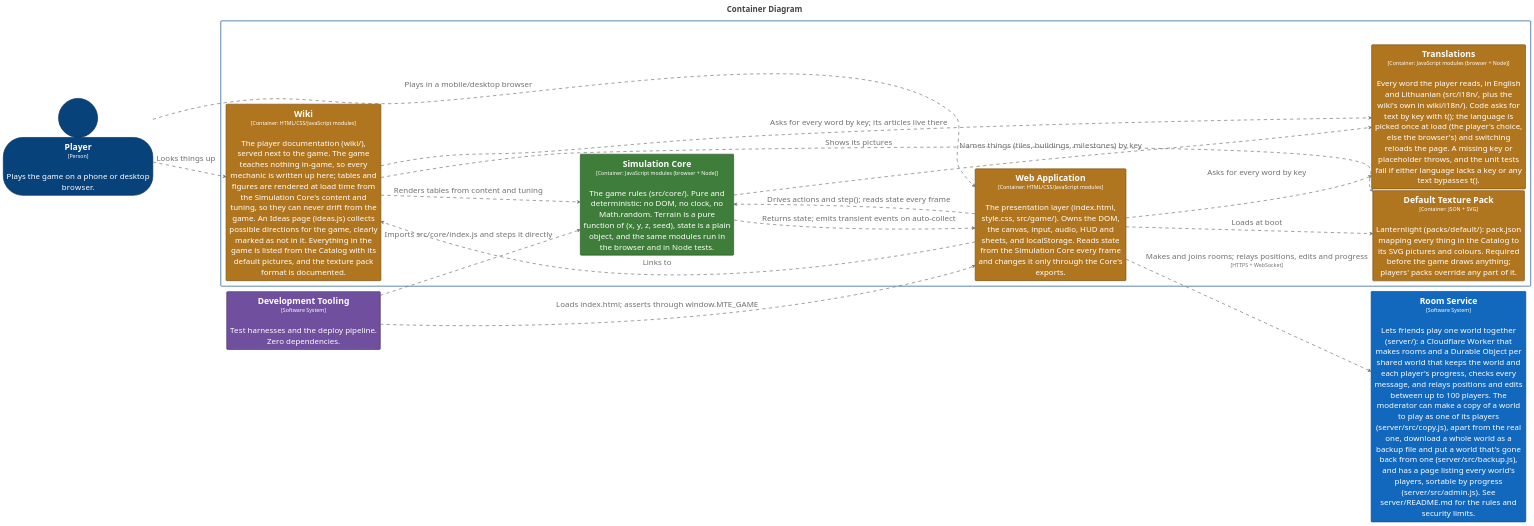
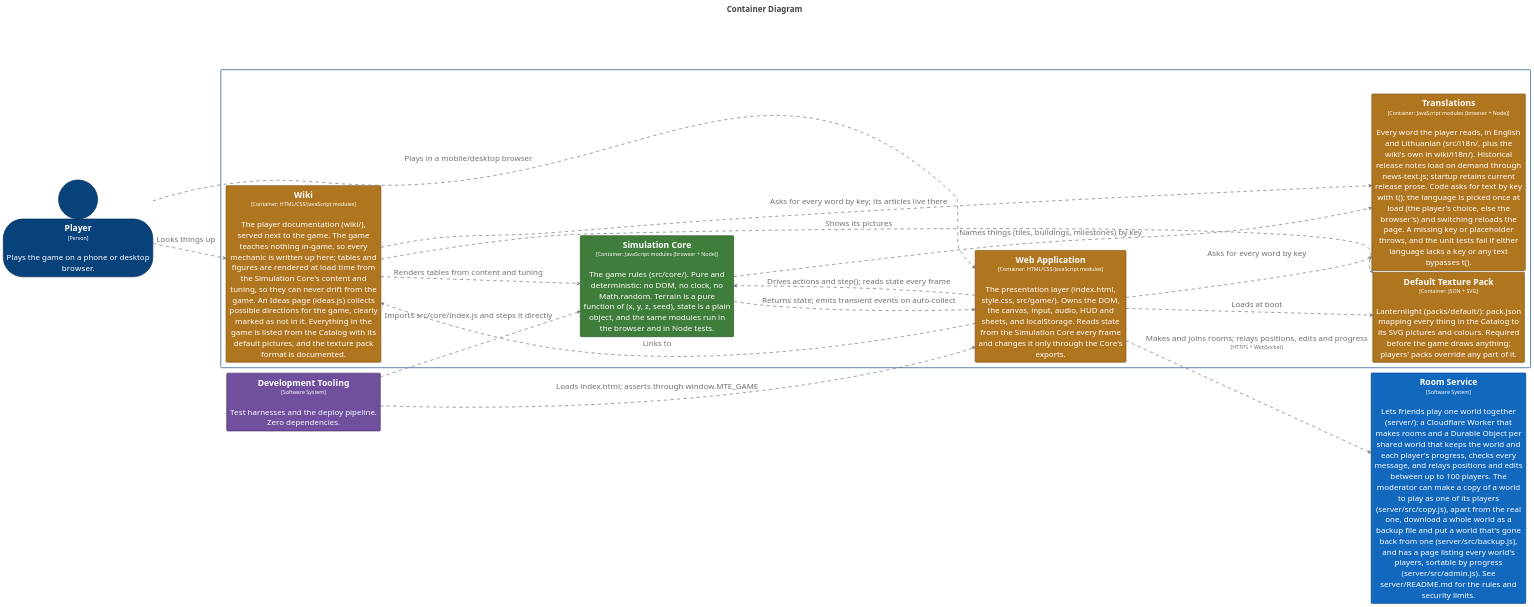
Before and after one commit to bitkojine/more-than-enough: the diagram in structurizr/diagrams/Containers.puml, drawn with PlantUML. The commit also changed 59 other files, not shown here.

```diff
--- a/structurizr/diagrams/Containers.puml
+++ b/structurizr/diagrams/Containers.puml
@@ -2,124 +2,124 @@
 @startuml
 title <size:24>Container Diagram</size>
 
 set separator none
 left to right direction
 skinparam ranksep 20
 skinparam nodesep 5
 hide stereotype
 
 <style>
   root {
     BackgroundColor: #ffffff;
     FontColor: #444444;
   }
   // Element,Container,Core Engine
   .Element-RWxlbWVudCxDb250YWluZXIsQ29yZSBFbmdpbmU= {
     BackgroundColor: #3f7d3a;
     LineColor: #2c5728;
     LineStyle: 0;
     LineThickness: 2;
     FontColor: #ffffff;
     FontSize: 24;
     HorizontalAlignment: center;
     Shadowing: 0;
     MaximumWidth: 450;
   }
   // Element,Container,Presentation
   .Element-RWxlbWVudCxDb250YWluZXIsUHJlc2VudGF0aW9u {
     BackgroundColor: #b0761f;
     LineColor: #7b5215;
     LineStyle: 0;
     LineThickness: 2;
     FontColor: #ffffff;
     FontSize: 24;
     HorizontalAlignment: center;
     Shadowing: 0;
     MaximumWidth: 450;
   }
   // Element,Person
   .Element-RWxlbWVudCxQZXJzb24= {
     BackgroundColor: #08427b;
     LineColor: #052e56;
     LineStyle: 0;
     LineThickness: 2;
     FontColor: #ffffff;
     FontSize: 24;
     HorizontalAlignment: center;
     Shadowing: 0;
     MaximumWidth: 450;
   }
   // Element,Software System
   .Element-RWxlbWVudCxTb2Z0d2FyZSBTeXN0ZW0= {
     BackgroundColor: #1168bd;
     LineColor: #0b4884;
     LineStyle: 0;
     LineThickness: 2;
     FontColor: #ffffff;
     FontSize: 24;
     HorizontalAlignment: center;
     Shadowing: 0;
     MaximumWidth: 450;
   }
   // Element,Software System,Tooling
   .Element-RWxlbWVudCxTb2Z0d2FyZSBTeXN0ZW0sVG9vbGluZw== {
     BackgroundColor: #6f4f9e;
     LineColor: #4d376e;
     LineStyle: 0;
     LineThickness: 2;
     FontColor: #ffffff;
     FontSize: 24;
     HorizontalAlignment: center;
     Shadowing: 0;
     MaximumWidth: 450;
   }
   // Relationship
   .Relationship-UmVsYXRpb25zaGlw {
     LineThickness: 2;
     LineStyle: 10-10;
     LineColor: #707070;
     FontColor: #707070;
     FontSize: 24;
     MaximumWidth: 200;
   }
   // MORE THAN ENOUGH
   .Boundary-TU9SRSBUSEFOIEVOT1VHSA== {
     BackgroundColor: #ffffff;
     LineColor: #0b4884;
     LineStyle: 0;
     LineThickness: 2;
     FontColor: #ffffff;
     FontSize: 24;
     HorizontalAlignment: center;
     Shadowing: 0;
   }
 </style>
 
 person "==Player\n<size:16>[Person]</size>\n\nPlays the game on a phone or desktop browser." <<Element-RWxlbWVudCxQZXJzb24=>> as Player
 rectangle "==Room Service\n<size:16>[Software System]</size>\n\nLets friends play one world together (server/): a Cloudflare Worker that makes rooms and a Durable Object per shared world that keeps the world and each player's progress, checks every message, and relays positions and edits between up to 100 players. The moderator can make a copy of a world to play as one of its players (server/src/copy.js), apart from the real one, download a whole world as a backup file and put a world that's gone back from one (server/src/backup.js), and has a page listing every world's players, sortable by progress (server/src/admin.js). See server/README.md for the rules and security limits." <<Element-RWxlbWVudCxTb2Z0d2FyZSBTeXN0ZW0=>> as RoomService
 rectangle "==Development Tooling\n<size:16>[Software System]</size>\n\nTest harnesses and the deploy pipeline. Zero dependencies." <<Element-RWxlbWVudCxTb2Z0d2FyZSBTeXN0ZW0sVG9vbGluZw==>> as DevelopmentTooling
 
 rectangle "MORE THAN ENOUGH\n<size:16>[Software System]</size>" <<Boundary-TU9SRSBUSEFOIEVOT1VHSA==>> {
   rectangle "==Default Texture Pack\n<size:16>[Container: JSON + SVG]</size>\n\nLanternlight (packs/default/): pack.json mapping every thing in the Catalog to its SVG pictures and colours. Required before the game draws anything; players' packs override any part of it." <<Element-RWxlbWVudCxDb250YWluZXIsUHJlc2VudGF0aW9u>> as MORETHANENOUGH.DefaultTexturePack
   rectangle "==Wiki\n<size:16>[Container: HTML/CSS/JavaScript modules]</size>\n\nThe player documentation (wiki/), served next to the game. The game teaches nothing in-game, so every mechanic is written up here; tables and figures are rendered at load time from the Simulation Core's content and tuning, so they can never drift from the game. An Ideas page (ideas.js) collects possible directions for the game, clearly marked as not in it. Everything in the game is listed from the Catalog with its default pictures, and the texture pack format is documented." <<Element-RWxlbWVudCxDb250YWluZXIsUHJlc2VudGF0aW9u>> as MORETHANENOUGH.Wiki
-  rectangle "==Translations\n<size:16>[Container: JavaScript modules (browser + Node)]</size>\n\nEvery word the player reads, in English and Lithuanian (src/i18n/, plus the wiki's own in wiki/i18n/). Code asks for text by key with t(); the language is picked once at load (the player's choice, else the browser's) and switching reloads the page. A missing key or placeholder throws, and the unit tests fail if either language lacks a key or any text bypasses t()." <<Element-RWxlbWVudCxDb250YWluZXIsUHJlc2VudGF0aW9u>> as MORETHANENOUGH.Translations
+  rectangle "==Translations\n<size:16>[Container: JavaScript modules (browser + Node)]</size>\n\nEvery word the player reads, in English and Lithuanian (src/i18n/, plus the wiki's own in wiki/i18n/). Historical release notes load on demand through news-text.js; startup retains current release prose. Code asks for text by key with t(); the language is picked once at load (the player's choice, else the browser's) and switching reloads the page. A missing key or placeholder throws, and the unit tests fail if either language lacks a key or any text bypasses t()." <<Element-RWxlbWVudCxDb250YWluZXIsUHJlc2VudGF0aW9u>> as MORETHANENOUGH.Translations
   rectangle "==Simulation Core\n<size:16>[Container: JavaScript modules (browser + Node)]</size>\n\nThe game rules (src/core/). Pure and deterministic: no DOM, no clock, no Math.random. Terrain is a pure function of (x, y, z, seed), state is a plain object, and the same modules run in the browser and in Node tests." <<Element-RWxlbWVudCxDb250YWluZXIsQ29yZSBFbmdpbmU=>> as MORETHANENOUGH.SimulationCore
   rectangle "==Web Application\n<size:16>[Container: HTML/CSS/JavaScript modules]</size>\n\nThe presentation layer (index.html, style.css, src/game/). Owns the DOM, the canvas, input, audio, HUD and sheets, and localStorage. Reads state from the Simulation Core every frame and changes it only through the Core's exports." <<Element-RWxlbWVudCxDb250YWluZXIsUHJlc2VudGF0aW9u>> as MORETHANENOUGH.WebApplication
 }
 
 MORETHANENOUGH.WebApplication --> MORETHANENOUGH.DefaultTexturePack <<Relationship-UmVsYXRpb25zaGlw>> : "Loads at boot"
 MORETHANENOUGH.Wiki --> MORETHANENOUGH.DefaultTexturePack <<Relationship-UmVsYXRpb25zaGlw>> : "Shows its pictures"
 Player --> MORETHANENOUGH.WebApplication <<Relationship-UmVsYXRpb25zaGlw>> : "Plays in a mobile/desktop browser"
 Player --> MORETHANENOUGH.Wiki <<Relationship-UmVsYXRpb25zaGlw>> : "Looks things up"
 MORETHANENOUGH.WebApplication --> MORETHANENOUGH.Wiki <<Relationship-UmVsYXRpb25zaGlw>> : "Links to"
 MORETHANENOUGH.Wiki --> MORETHANENOUGH.SimulationCore <<Relationship-UmVsYXRpb25zaGlw>> : "Renders tables from content and tuning"
 MORETHANENOUGH.WebApplication --> MORETHANENOUGH.Translations <<Relationship-UmVsYXRpb25zaGlw>> : "Asks for every word by key"
 MORETHANENOUGH.SimulationCore --> MORETHANENOUGH.Translations <<Relationship-UmVsYXRpb25zaGlw>> : "Names things (tiles, buildings, milestones) by key"
 MORETHANENOUGH.Wiki --> MORETHANENOUGH.Translations <<Relationship-UmVsYXRpb25zaGlw>> : "Asks for every word by key; its articles live there"
 MORETHANENOUGH.WebApplication --> MORETHANENOUGH.SimulationCore <<Relationship-UmVsYXRpb25zaGlw>> : "Drives actions and step(); reads state every frame"
 MORETHANENOUGH.WebApplication --> RoomService <<Relationship-UmVsYXRpb25zaGlw>> : "Makes and joins rooms; relays positions, edits and progress\n<size:16>[HTTPS + WebSocket]</size>"
 MORETHANENOUGH.SimulationCore --> MORETHANENOUGH.WebApplication <<Relationship-UmVsYXRpb25zaGlw>> : "Returns state; emits transient events on auto-collect"
 DevelopmentTooling --> MORETHANENOUGH.SimulationCore <<Relationship-UmVsYXRpb25zaGlw>> : "Imports src/core/index.js and steps it directly"
 DevelopmentTooling --> MORETHANENOUGH.WebApplication <<Relationship-UmVsYXRpb25zaGlw>> : "Loads index.html; asserts through window.MTE_GAME"
 
 @enduml
```
